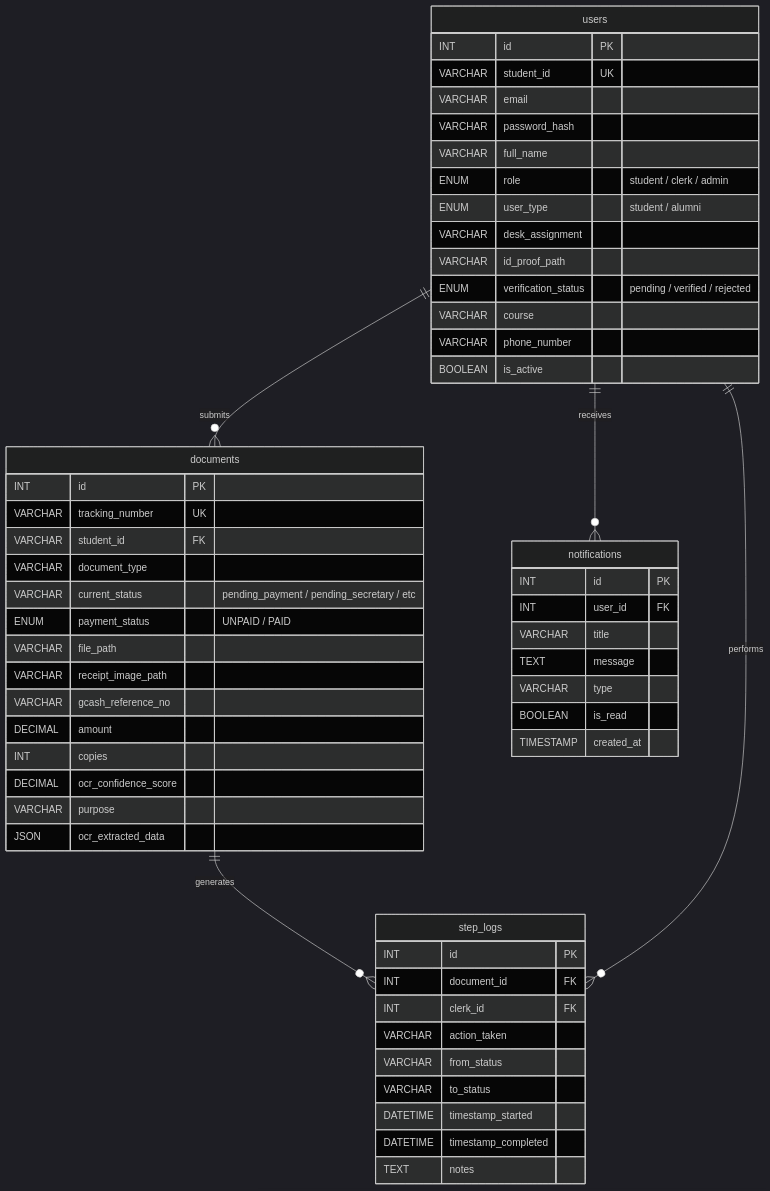
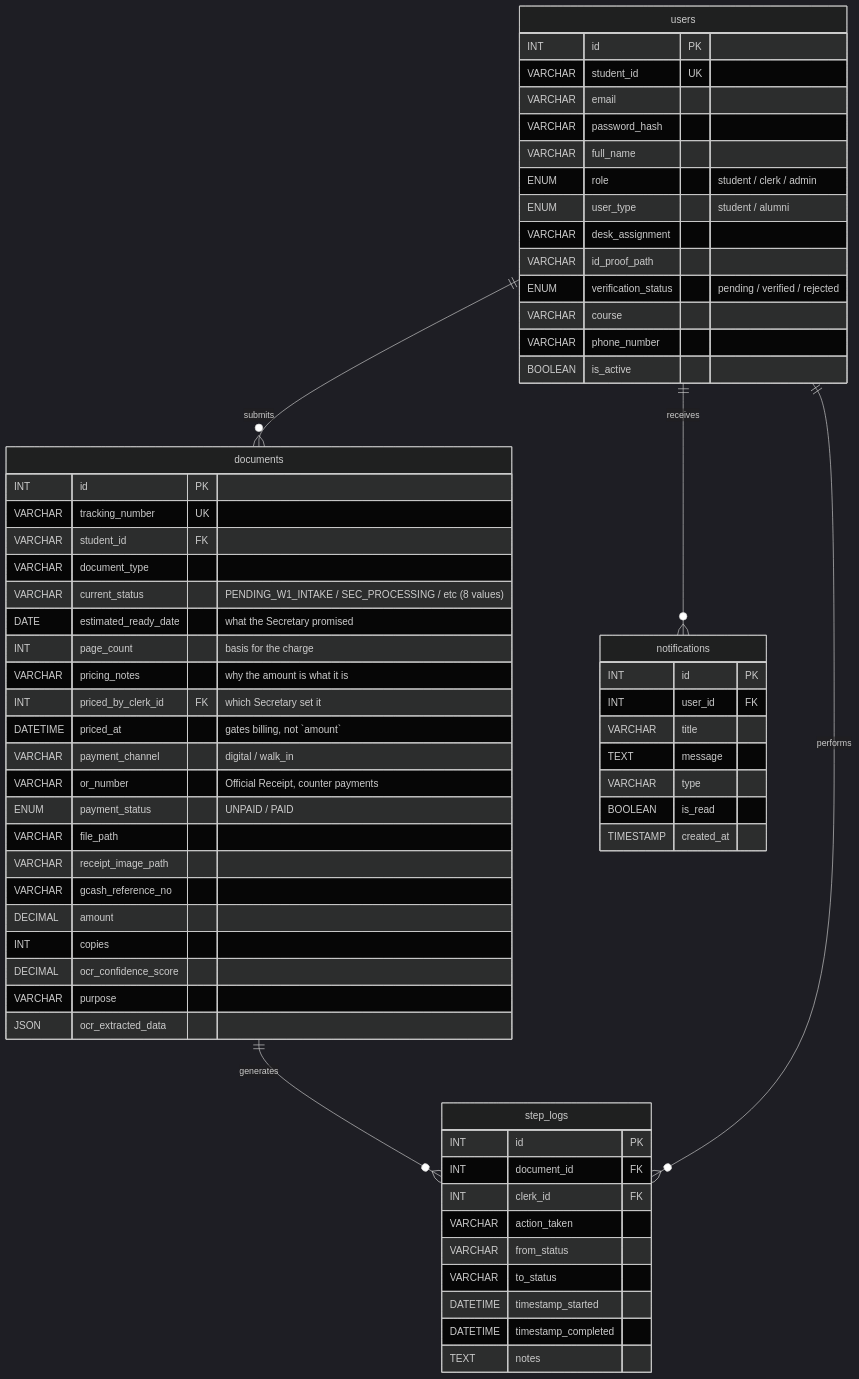
Before and after one commit to mafuyyuuu/Project-TRACE: the fifth of 5 diagrams in docs/CAPSTONE_DEFENSE_GUIDE.md, drawn with Mermaid (dark theme). The commit also changed other lines of this file and 5 other files, not shown here.

Commit message:
feat: restructure document processing pipeline; implement "evaluate first, pay later" workflow, enhance OCR for receipt extraction, and update documentation for payment verification process

````diff
--- a/docs/CAPSTONE_DEFENSE_GUIDE.md
+++ b/docs/CAPSTONE_DEFENSE_GUIDE.md
@@ -210,62 +230,69 @@
 ```mermaid
 erDiagram
     users ||--o{ documents : "submits"
     users ||--o{ notifications : "receives"
     documents ||--o{ step_logs : "generates"
     users ||--o{ step_logs : "performs"
 
     users {
         INT id PK
         VARCHAR student_id UK
         VARCHAR email
         VARCHAR password_hash
         VARCHAR full_name
         ENUM role "student / clerk / admin"
         ENUM user_type "student / alumni"
         VARCHAR desk_assignment
         VARCHAR id_proof_path
         ENUM verification_status "pending / verified / rejected"
         VARCHAR course
         VARCHAR phone_number
         BOOLEAN is_active
     }
 
     documents {
         INT id PK
         VARCHAR tracking_number UK
         VARCHAR student_id FK
         VARCHAR document_type
-        VARCHAR current_status "pending_payment / pending_secretary / etc"
+        VARCHAR current_status "PENDING_W1_INTAKE / SEC_PROCESSING / etc (8 values)"
+        DATE estimated_ready_date "what the Secretary promised"
+        INT page_count "basis for the charge"
+        VARCHAR pricing_notes "why the amount is what it is"
+        INT priced_by_clerk_id FK "which Secretary set it"
+        DATETIME priced_at "gates billing, not `amount`"
+        VARCHAR payment_channel "digital / walk_in"
+        VARCHAR or_number "Official Receipt, counter payments"
         ENUM payment_status "UNPAID / PAID"
         VARCHAR file_path
         VARCHAR receipt_image_path
         VARCHAR gcash_reference_no
         DECIMAL amount
         INT copies
         DECIMAL ocr_confidence_score
         VARCHAR purpose
         JSON ocr_extracted_data
     }
 
     step_logs {
         INT id PK
         INT document_id FK
         INT clerk_id FK
         VARCHAR action_taken
         VARCHAR from_status
         VARCHAR to_status
         DATETIME timestamp_started
         DATETIME timestamp_completed
         TEXT notes
     }
 
     notifications {
         INT id PK
         INT user_id FK
         VARCHAR title
         TEXT message
         VARCHAR type
         BOOLEAN is_read
         TIMESTAMP created_at
     }
 ```
````
